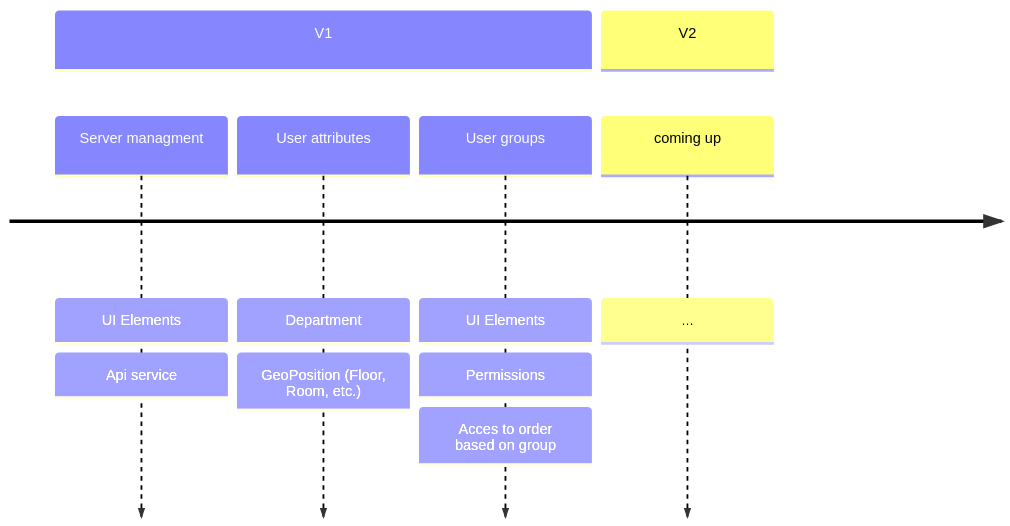
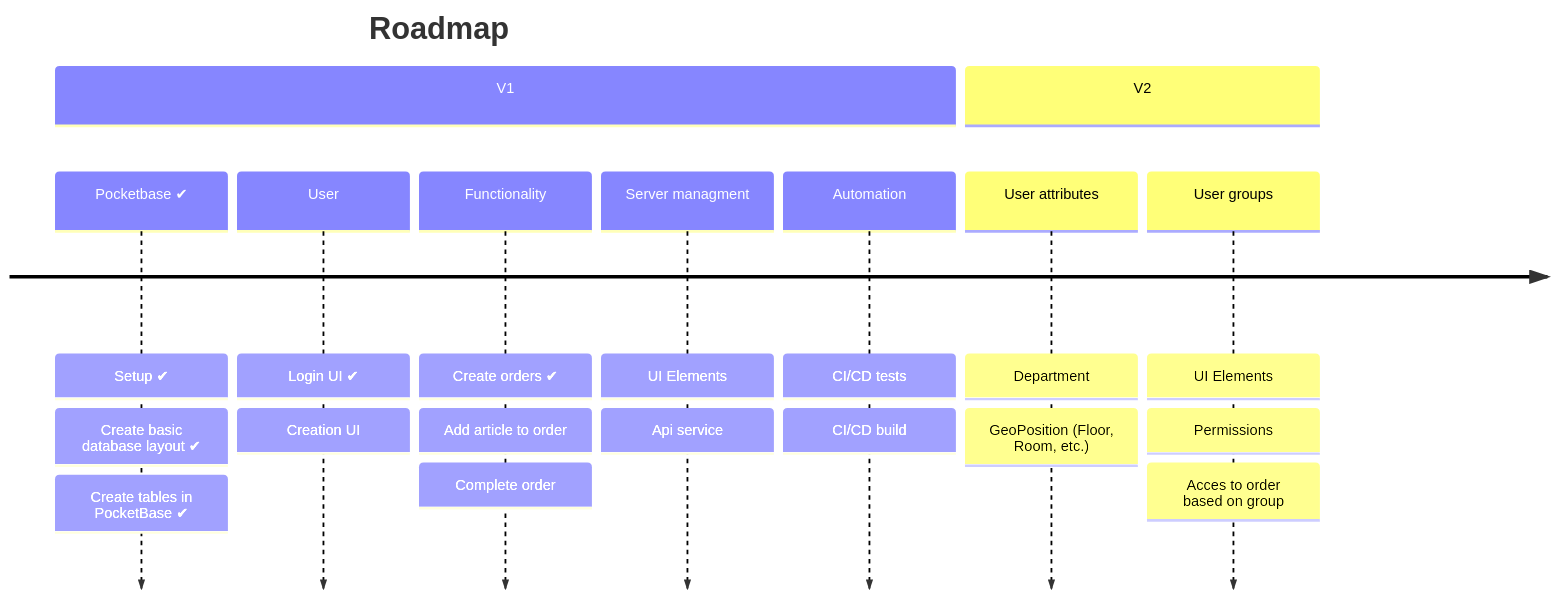
Before and after one commit to B4T3S/Snacctime: the first of 2 diagrams in README.md, drawn with Mermaid. The commit also changed other lines of this file, not shown here.

Commit message:
Update README.md
Update mermaid roadmap and remove checkboxes

````diff
--- a/README.md
+++ b/README.md
@@ -8,16 +8,30 @@
 ```mermaid
 timeline
+    title Roadmap
     section V1
-    Server managment 
+    Pocketbase ✔
+        : Setup ✔
+        : Create basic database layout ✔
+        : Create tables in PocketBase ✔
+    User
+        : Login UI ✔
+        : Creation UI
+    Functionality
+        : Create orders ✔
+        : Add article to order
+        : Complete order
+    Server managment
         : UI Elements 
         : Api service
+    Automation
+        : CI/CD tests
+        : CI/CD build
+    section V2
     User attributes 
         : Department 
         : GeoPosition (Floor, Room, etc.)
     User groups 
         : UI Elements
         : Permissions
         : Acces to order based on group
-    section V2
-    coming up : ...
 ```
````
